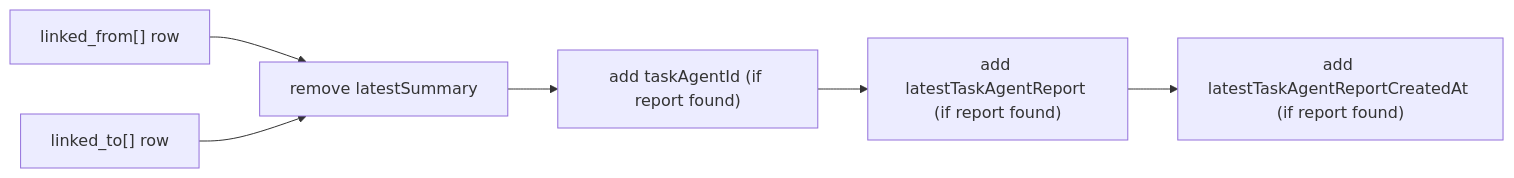
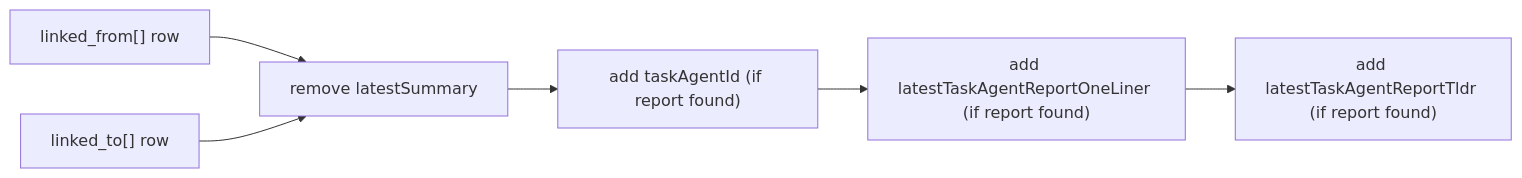
Before and after one commit to matthiasn/lotti: the second of 2 diagrams in docs/adr/0003-task-agent-linked-task-context-contract.md, drawn with Mermaid. The commit also changed other lines of this file and 11 other files, not shown here.

````diff
--- a/docs/adr/0003-task-agent-linked-task-context-contract.md
+++ b/docs/adr/0003-task-agent-linked-task-context-contract.md
@@ -55,8 +55,8 @@
 ```mermaid
 flowchart LR
   A["linked_from[] row"] --> C["remove latestSummary"]
   B["linked_to[] row"] --> C
   C --> D["add taskAgentId (if report found)"]
-  D --> E["add latestTaskAgentReport (if report found)"]
-  E --> F["add latestTaskAgentReportCreatedAt (if report found)"]
+  D --> E["add latestTaskAgentReportOneLiner (if report found)"]
+  E --> F["add latestTaskAgentReportTldr (if report found)"]
 ```
````
